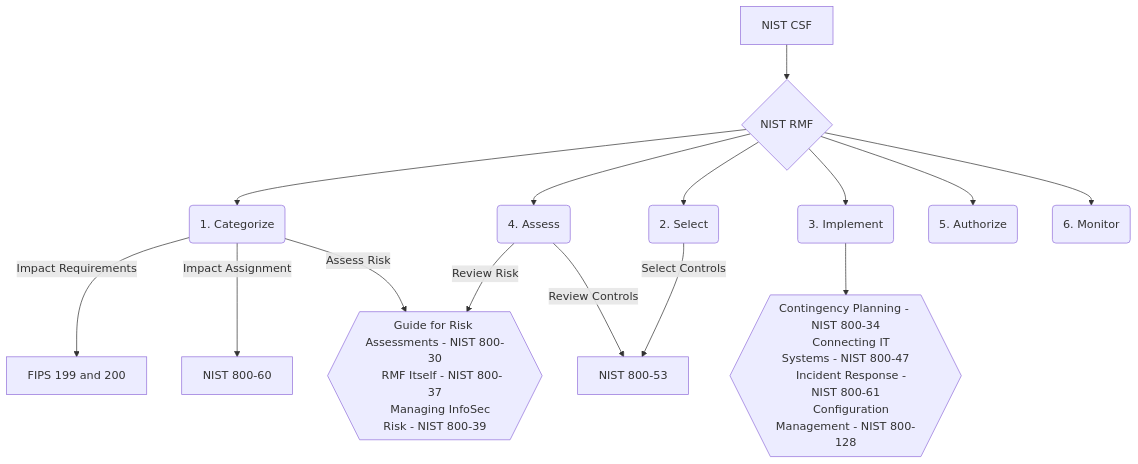
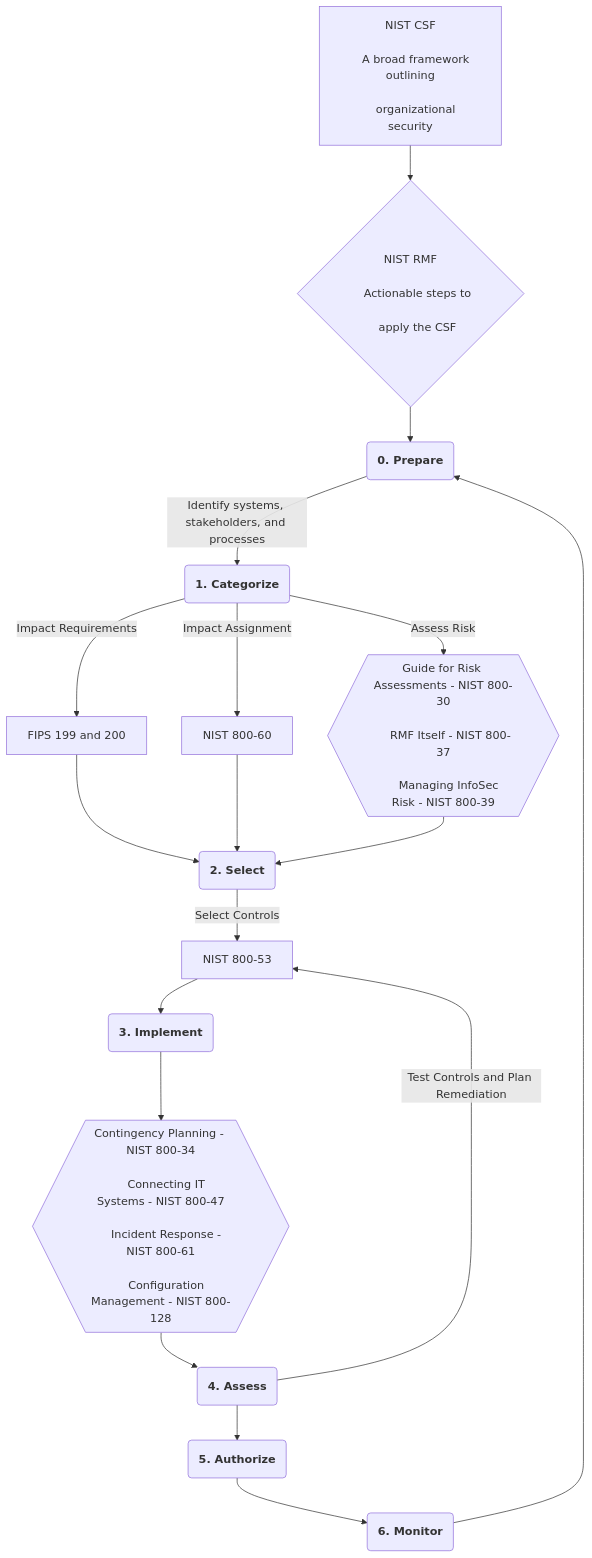
Before and after one commit to WiseGuru/MaxwellCTI: the diagram in src/site/notes/Security Frameworks/NIST/NIST Frameworks and SPs Overview.md, drawn with Mermaid.

Commit message:
Update content src/site/notes/Security Frameworks/NIST/NIST Frameworks and SPs Overview.md

````diff
--- a/src/site/notes/Security Frameworks/NIST/NIST Frameworks and SPs Overview.md
+++ b/src/site/notes/Security Frameworks/NIST/NIST Frameworks and SPs Overview.md
@@ -13,30 +13,65 @@
 ```mermaid
 flowchart TD
-    A[NIST CSF] --> B{NIST RMF}
 
-    B --> C(1. Categorize)
-    C --> |Impact Requirements| D[FIPS 199 and 200]
-    C --> |Impact Assignment| E[NIST 800-60]
-    C --> |Assess Risk| P{{"Guide for Risk Assessments - NIST 800-30
-    RMF Itself - NIST 800-37
-    Managing InfoSec Risk - NIST 800-39"}}
+    A["NIST CSF
 
-    B --> M("4. Assess")
-    M -->|Review Controls| G[NIST 800-53]
-    M -->|Review Risk| P{{"Guide for Risk Assessments - NIST 800-30
-    RMF Itself - NIST 800-37
-    Managing InfoSec Risk - NIST 800-39"}}
+    A broad framework outlining
 
-    B --> F(2. Select)
-    F -->|Select Controls| G[NIST 800-53]
+    organizational security"] --> B{"NIST RMF
 
-    B --> H(3. Implement)
-    H --> I{{"Contingency Planning - NIST 800-34
-    Connecting IT Systems - NIST 800-47
-    Incident Response - NIST 800-61
-    Configuration Management - NIST 800-128"}}
+    Actionable steps to
 
-    B --> N(5. Authorize)
-    B --> O(6. Monitor)
+    apply the CSF"}
 
+  
+
+    B --> Z("`**0. Prepare**`")
+
+  
+
+    Z -->|Identify systems, stakeholders, and processes| C("`**1. Categorize**`")
+
+    C --> |Impact Requirements| D[FIPS 199 and 200]
+
+    C --> |Impact Assignment| E[NIST 800-60]
+
+    C --> |Assess Risk| P{{"Guide for Risk Assessments - NIST 800-30
+
+    RMF Itself - NIST 800-37
+
+    Managing InfoSec Risk - NIST 800-39"}}
+
+  
+
+    D & E & P --> F("`**2. Select**`")
+
+    F -->|Select Controls| G[NIST 800-53]
+
+  
+
+    G --> H("`**3. Implement**`")
+
+    H --> I{{"Contingency Planning - NIST 800-34
+
+    Connecting IT Systems - NIST 800-47
+
+    Incident Response - NIST 800-61
+
+    Configuration Management - NIST 800-128"}}
+
+  
+
+    I --> M("`**4. Assess**`")
+
+    M -->|Test Controls and Plan Remediation| G
+
+  
+  
+  
+
+    M --> N("`**5. Authorize**`")
+
+    N --> O("`**6. Monitor**`")
+
+    O --> Z
 ```
````
